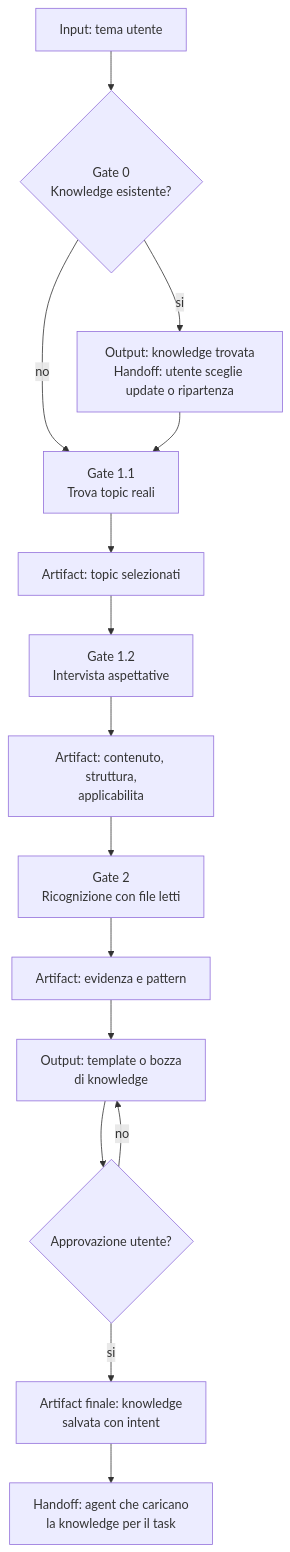
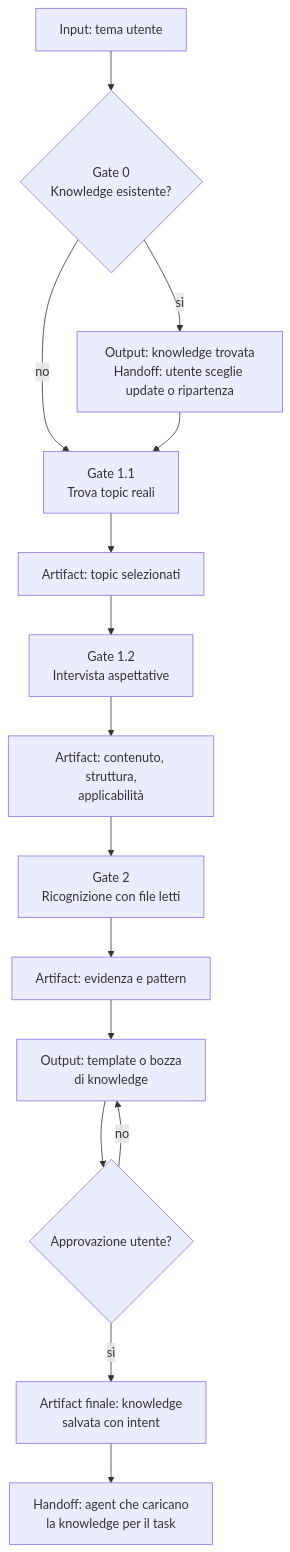
One commit to violabg/agentic-system-lessons changed the diagram in role-maps/agents/knowledge-builder.md. Above: the diagram before and after it, drawn with Mermaid. The commit also changed other lines of this file and 51 other files, not shown here.

````diff
--- a/role-maps/agents/knowledge-builder.md
+++ b/role-maps/agents/knowledge-builder.md
@@ -15,17 +17,17 @@
 ```mermaid
 flowchart TD
     Topic[Input: tema utente] --> G0{Gate 0<br/>Knowledge esistente?}
-    G0 -->|si| Choice[Output: knowledge trovata<br/>Handoff: utente sceglie update o ripartenza]
+    G0 -->|sì| Choice[Output: knowledge trovata<br/>Handoff: utente sceglie update o ripartenza]
     G0 -->|no| G11[Gate 1.1<br/>Trova topic reali]
     Choice --> G11
     G11 --> Selected[Artifact: topic selezionati]
     Selected --> G12[Gate 1.2<br/>Intervista aspettative]
-    G12 --> Expectations[Artifact: contenuto, struttura,<br/>applicabilita]
+    G12 --> Expectations[Artifact: contenuto, struttura,<br/>applicabilità]
     Expectations --> G2[Gate 2<br/>Ricognizione con file letti]
     G2 --> Evidence[Artifact: evidenza e pattern]
     Evidence --> Draft[Output: template o bozza<br/>di knowledge]
     Draft --> Approval{Approvazione utente?}
     Approval -->|no| Draft
-    Approval -->|si| Publish[Artifact finale: knowledge<br/>salvata con intent]
+    Approval -->|sì| Publish[Artifact finale: knowledge<br/>salvata con intent]
     Publish --> Handoff[Handoff: agent che caricano<br/>la knowledge per il task]
 ```
````
